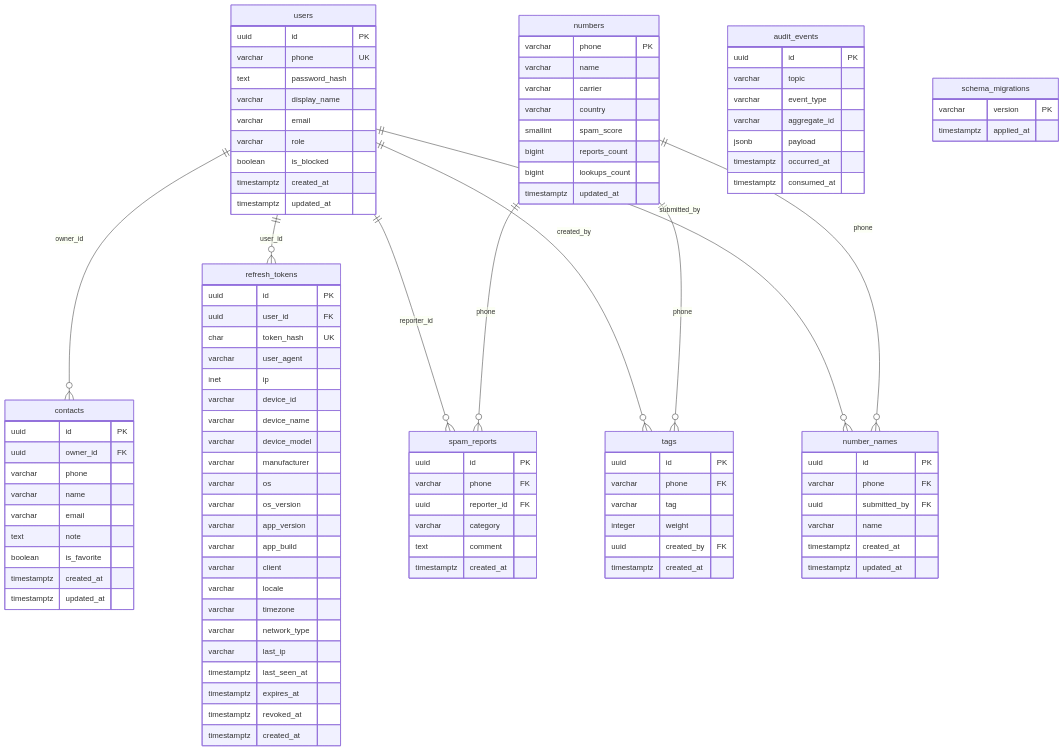
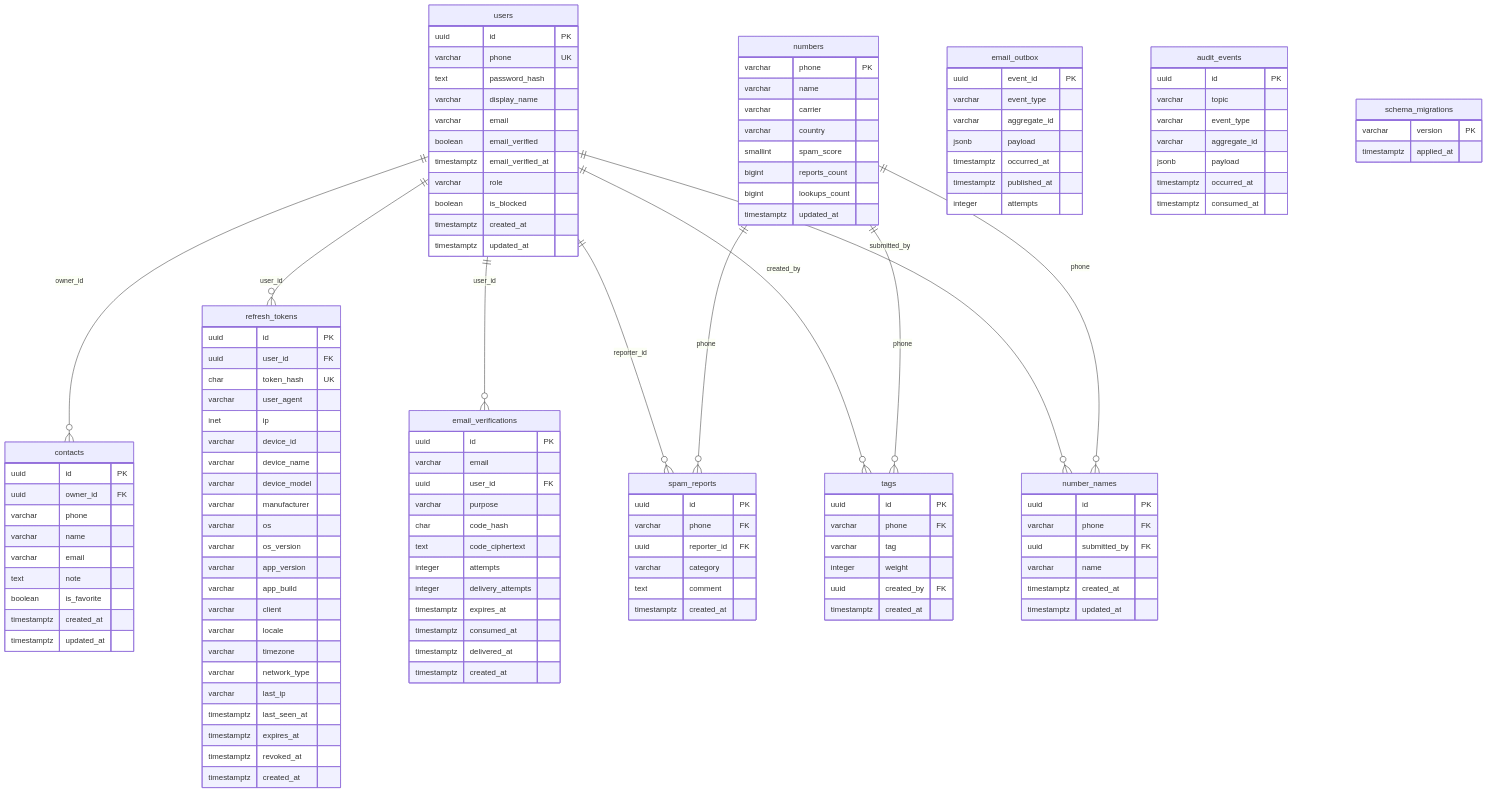
The fifth of 7 diagrams in docs/ARCHITECTURE.md (JamikKhidirov/GetContactBackend), drawn with Mermaid before and after one commit. The commit also changed other lines of this file and 33 other files, not shown here.

Commit message:
feat: email OTP auth with transactional outbox and HTML emails

```diff
--- a/docs/ARCHITECTURE.md
+++ b/docs/ARCHITECTURE.md
@@ -300,6 +302,7 @@
 erDiagram
     users ||--o{ contacts : "owner_id"
     users ||--o{ refresh_tokens : "user_id"
+    users ||--o{ email_verifications : "user_id"
     users ||--o{ spam_reports : "reporter_id"
     users ||--o{ tags : "created_by"
     users ||--o{ number_names : "submitted_by"
@@ -313,6 +316,8 @@
         text password_hash
         varchar display_name
         varchar email
+        boolean email_verified
+        timestamptz email_verified_at
         varchar role
         boolean is_blocked
         timestamptz created_at
@@ -387,6 +392,29 @@
         timestamptz revoked_at
         timestamptz created_at
     }
+    email_verifications {
+        uuid id PK
+        varchar email
+        uuid user_id FK
+        varchar purpose
+        char code_hash
+        text code_ciphertext
+        integer attempts
+        integer delivery_attempts
+        timestamptz expires_at
+        timestamptz consumed_at
+        timestamptz delivered_at
+        timestamptz created_at
+    }
+    email_outbox {
+        uuid event_id PK
+        varchar event_type
+        varchar aggregate_id
+        jsonb payload
+        timestamptz occurred_at
+        timestamptz published_at
+        integer attempts
+    }
     audit_events {
         uuid id PK
         varchar topic
```
